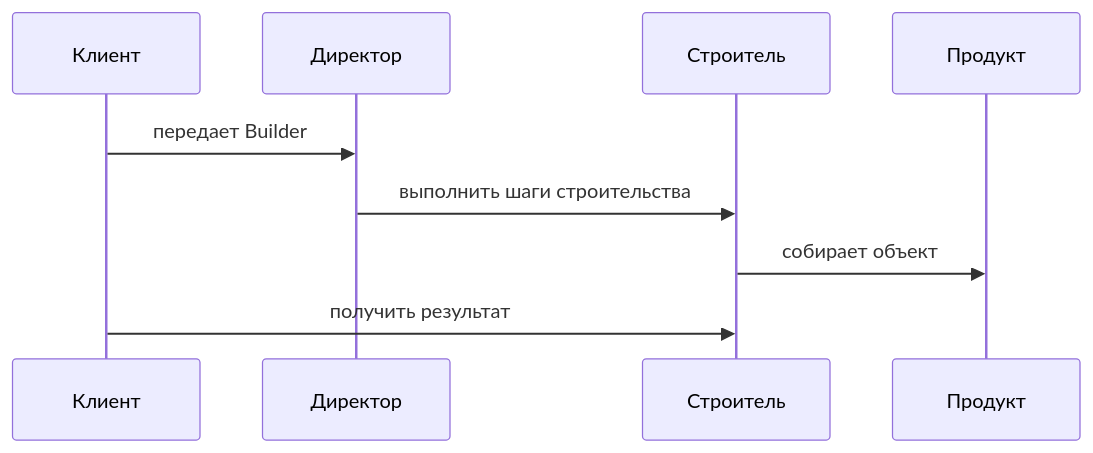
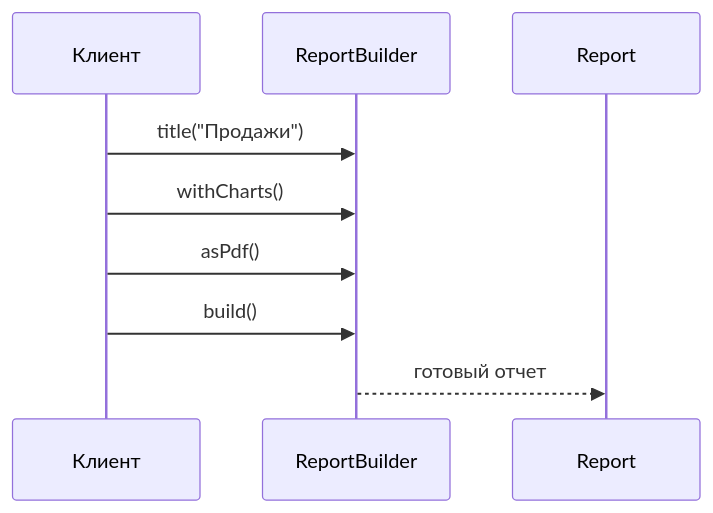
The seventh of 15 diagrams in lectures/Lec4/vitepress.md (Kert0n/KPO), drawn with Mermaid before and after one commit. The commit also changed other lines of this file and 3 other files, not shown here.

````diff
--- a/lectures/Lec4/vitepress.md
+++ b/lectures/Lec4/vitepress.md
@@ -916,11 +903,12 @@
 ```mermaid
 sequenceDiagram
-    participant Client as Клиент
-    participant Director as Директор
-    participant Builder as Строитель
-    participant Product as Продукт
-    Client->>Director: передает Builder
-    Director->>Builder: выполнить шаги строительства
-    Builder->>Product: собирает объект
-    Client->>Builder: получить результат
+  participant Client as Клиент
+  participant Builder as ReportBuilder
+  participant Report as Report
+
+  Client->>Builder: title("Продажи")
+  Client->>Builder: withCharts()
+  Client->>Builder: asPdf()
+  Client->>Builder: build()
+  Builder-->>Report: готовый отчет
 ```
````
